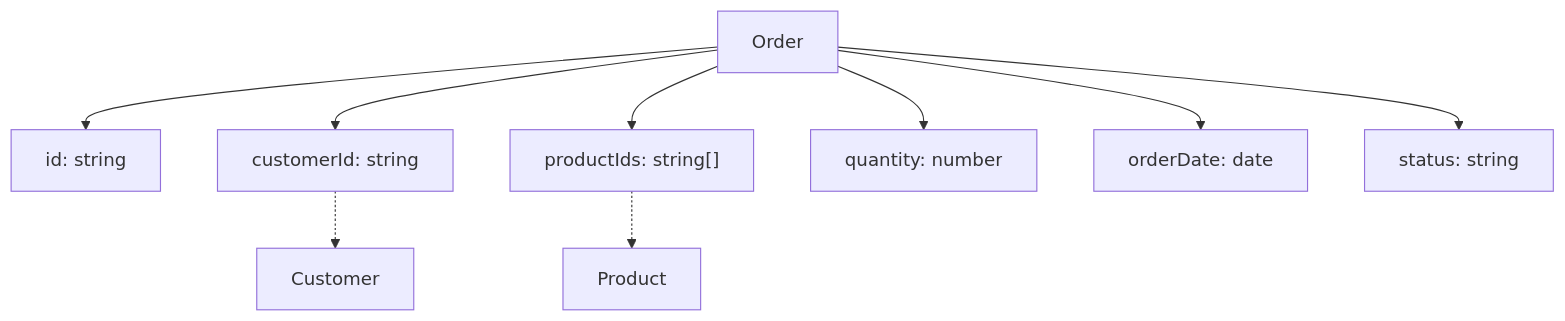
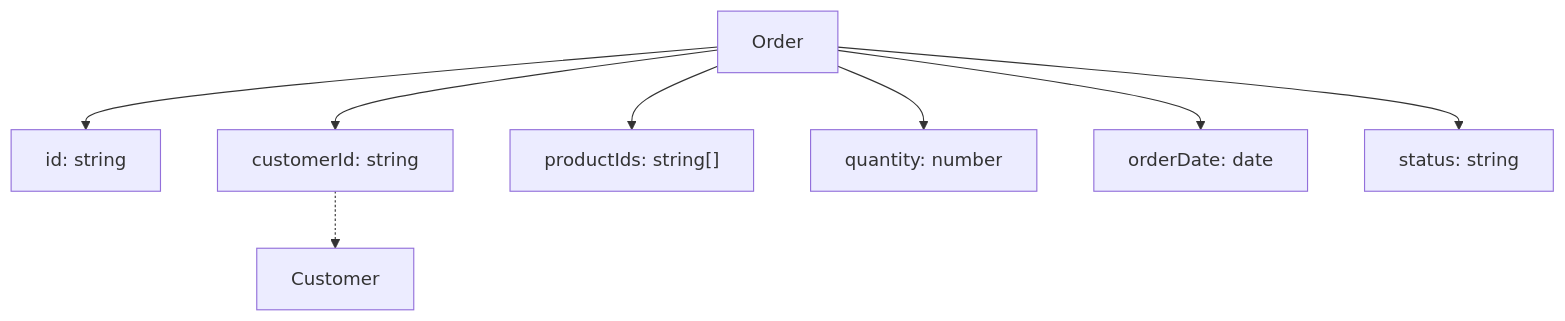
Diagram 16 of 16 in examples/mermaid-examples.md (kothar/zod-mermaid), drawn with Mermaid before and after one commit. The commit also changed other lines of this file and 6 other files, not shown here.

Commit message:
WIP replacing monkeypatched references on schemas with use of the global metadata registry

````diff
--- a/examples/mermaid-examples.md
+++ b/examples/mermaid-examples.md
@@ -385,20 +381,18 @@
 ```mermaid
 flowchart TD
     Order["Order"]
     Customer["Customer"]
-    Product["Product"]
     Order_id["id: string"]
     Order --> Order_id["id: string"]
     Order_customerId["customerId: string"]
     Order --> Order_customerId["customerId: string"]
     Order_customerId["customerId: string"] -.-> Customer
     Order_productIds["productIds: string[]"]
     Order --> Order_productIds["productIds: string[]"]
-    Order_productIds["productIds: string[]"] -.-> Product
     Order_quantity["quantity: number"]
     Order --> Order_quantity["quantity: number"]
     Order_orderDate["orderDate: date"]
     Order --> Order_orderDate["orderDate: date"]
     Order_status["status: string"]
     Order --> Order_status["status: string"]
 ```
````
